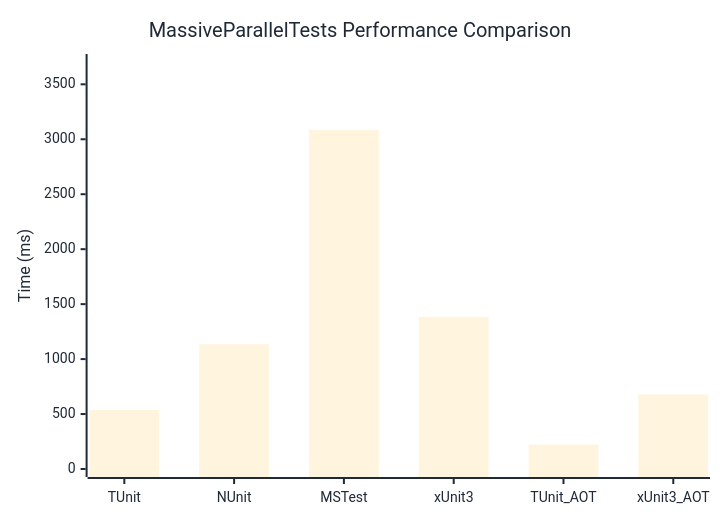
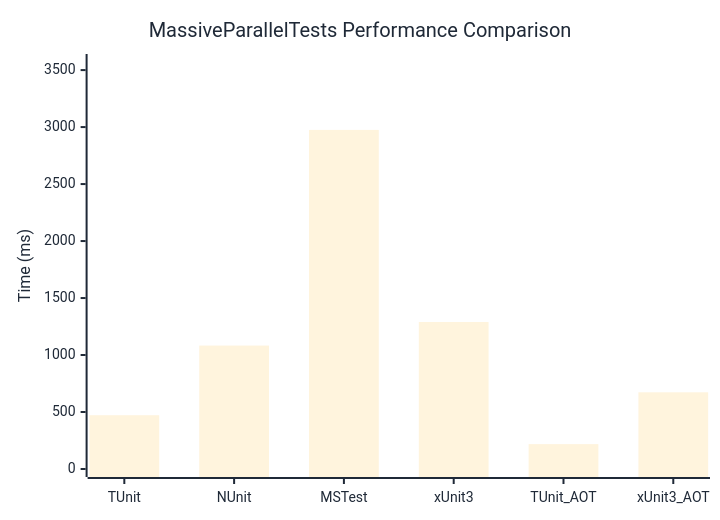
One commit to thomhurst/TUnit changed the diagram in docs/docs/benchmarks/engine/MassiveParallelTests.md. Above: the diagram before and after it, drawn with Mermaid. The commit also changed other lines of this file and 18 other files, not shown here.

````diff
--- a/docs/docs/benchmarks/engine/MassiveParallelTests.md
+++ b/docs/docs/benchmarks/engine/MassiveParallelTests.md
@@ -30,37 +30,37 @@
 ```mermaid
 %%{init: {
   'theme':'base',
   'themeVariables': {
     'primaryColor': '#2563eb',
     'primaryTextColor': '#1f2937',
     'primaryBorderColor': '#1e40af',
     'lineColor': '#6b7280',
     'secondaryColor': '#7c3aed',
     'tertiaryColor': '#dc2626',
     'background': '#ffffff',
     'mainBkg': '#2563eb',
     'secondBkg': '#7c3aed',
     'tertiaryBkg': '#dc2626',
     'clusterBkg': '#f3f4f6',
     'edgeLabelBackground': '#ffffff',
     'tertiaryTextColor': '#1f2937',
     'pie1': '#2563eb',
     'pie2': '#7c3aed',
     'pie3': '#dc2626',
     'pie4': '#f59e0b',
     'pie5': '#10b981',
     'pie6': '#06b6d4',
     'pie7': '#ec4899',
     'pie8': '#6366f1',
     'pie9': '#84cc16',
     'pie10': '#f97316',
     'pie11': '#14b8a6',
     'pie12': '#a855f7'
   }
 }}%%
 xychart-beta
   title "MassiveParallelTests Performance Comparison"
   x-axis ["TUnit", "NUnit", "MSTest", "xUnit3", "TUnit_AOT", "xUnit3_AOT"]
-  y-axis "Time (ms)" 0 --> 3703
-  bar [537, 1134.8, 3085.7, 1384.1, 221.8, 677.9]
+  y-axis "Time (ms)" 0 --> 3571
+  bar [471.8, 1083, 2975.1, 1289.6, 218.2, 673]
 ```
````
